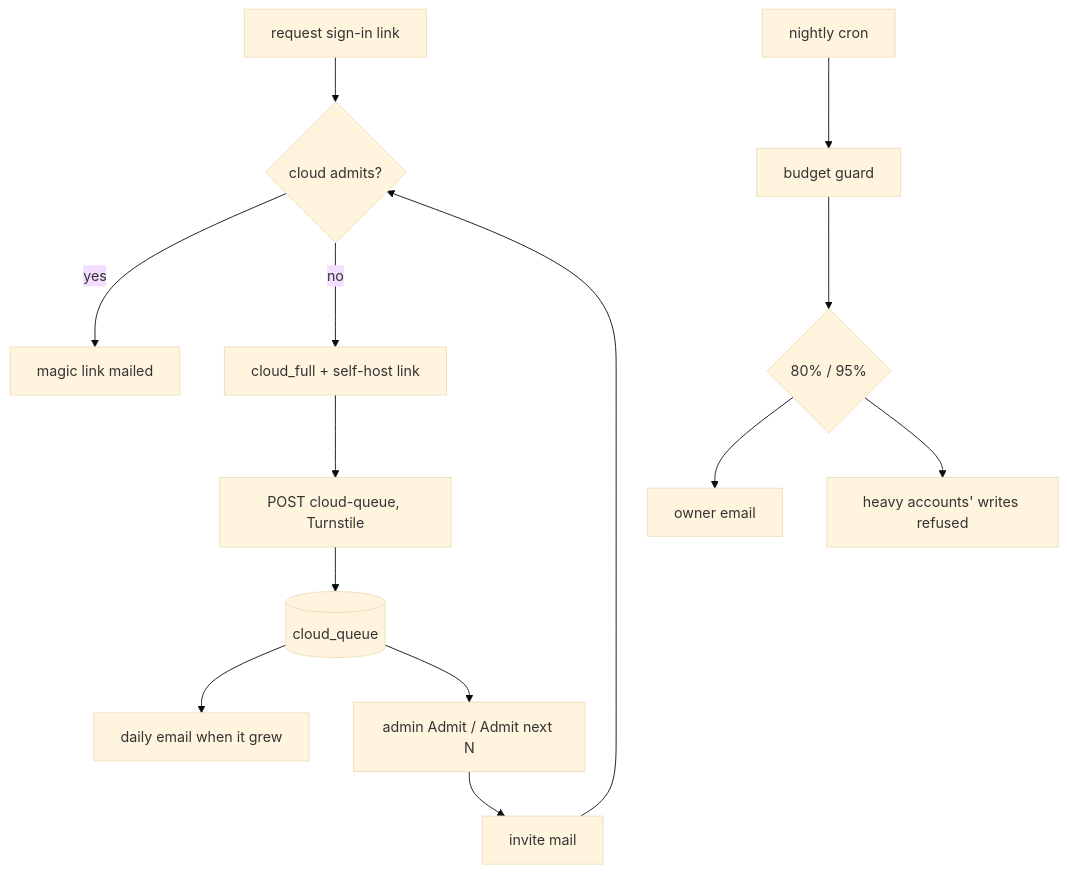
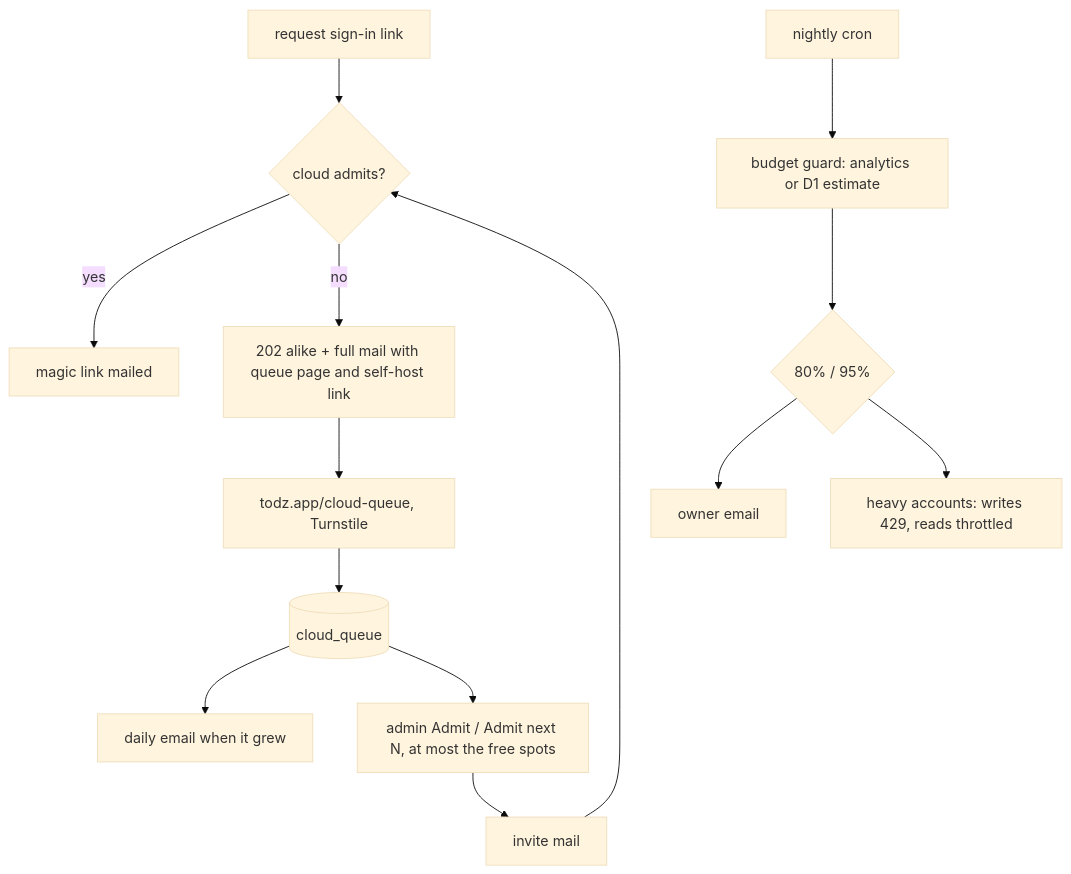
Before and after one commit to dhyegocalota/todz: the diagram in docs/features/cloud-capacity/spec.md, drawn with Mermaid (base theme). The commit also changed other lines of this file and 10 other files, not shown here.

First line of the commit message:
docs(cloud-capacity): 50 accounts, limited free spots, the measured guard and the shipped status

````diff
--- a/docs/features/cloud-capacity/spec.md
+++ b/docs/features/cloud-capacity/spec.md
@@ -28,12 +31,12 @@
 ```mermaid
 flowchart TD
   Ask[request sign-in link] --> Cap{cloud admits?}
   Cap -->|yes| Link[magic link mailed]
-  Cap -->|no| Full[cloud_full + self-host link]
-  Full --> Join[POST cloud-queue, Turnstile] --> Queue[(cloud_queue)]
+  Cap -->|no| Full[202 alike + full mail with queue page and self-host link]
+  Full --> Join[todz.app/cloud-queue, Turnstile] --> Queue[(cloud_queue)]
   Queue --> Digest[daily email when it grew]
-  Queue --> Admin[admin Admit / Admit next N] --> Invite[invite mail] --> Cap
-  Cron[nightly cron] --> Guard[budget guard] --> Level{80% / 95%}
+  Queue --> Admin[admin Admit / Admit next N, at most the free spots] --> Invite[invite mail] --> Cap
+  Cron[nightly cron] --> Guard[budget guard: analytics or D1 estimate] --> Level{80% / 95%}
   Level --> Mail[owner email]
-  Level --> Refuse[heavy accounts' writes refused]
+  Level --> Refuse[heavy accounts: writes 429, reads throttled]
 ```
````
